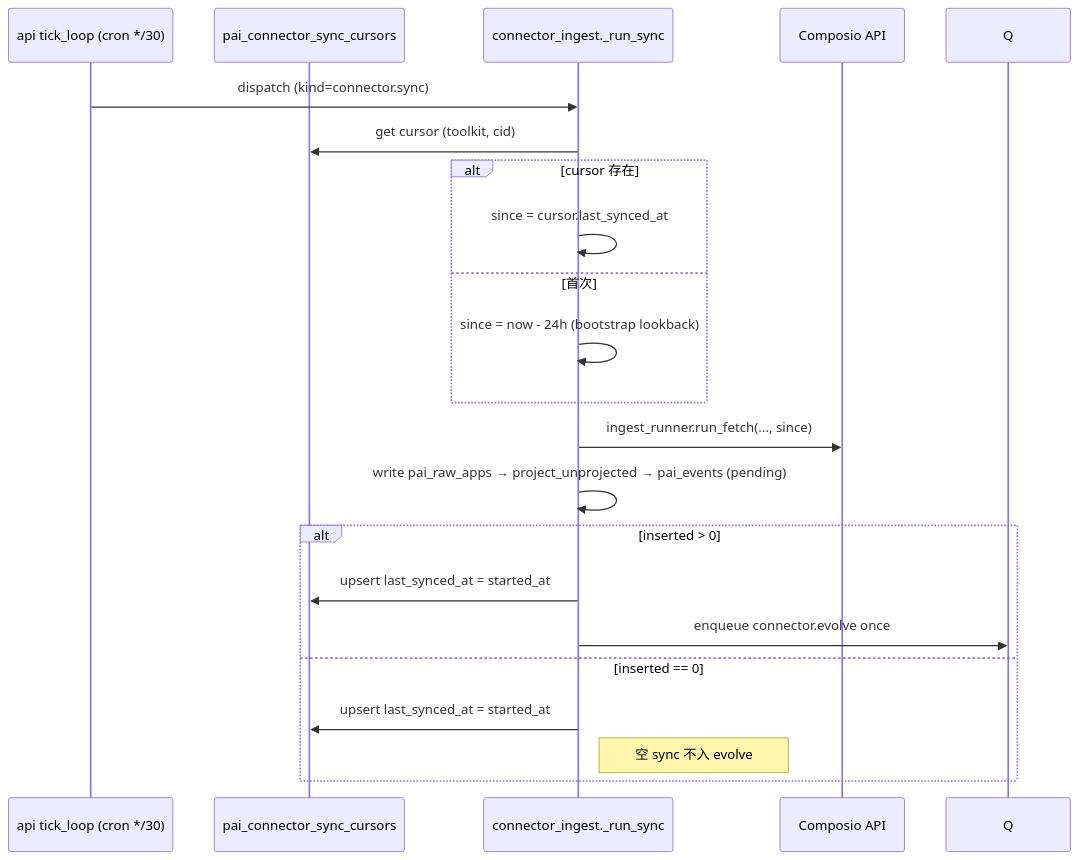
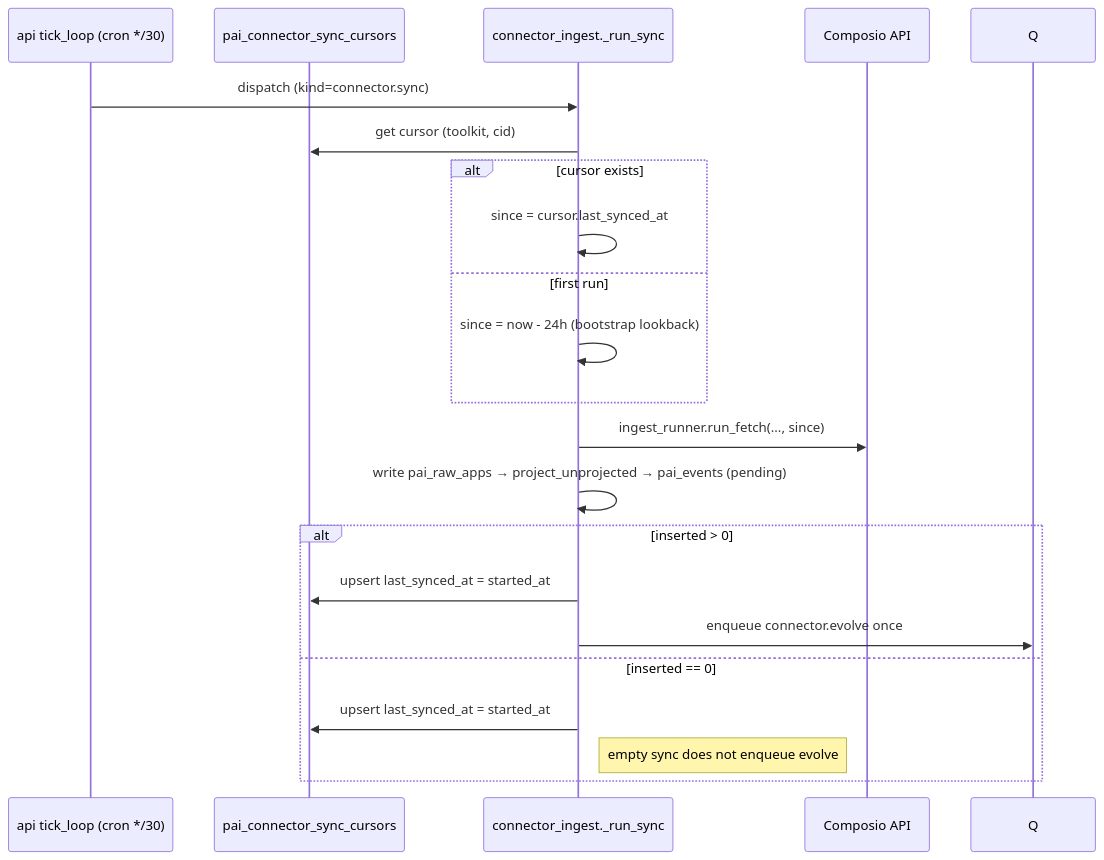
Before and after one commit to Edge-AI-HQ/proactive-assistant: the third of 4 diagrams in docs/modules/data-connectors.mdx, drawn with Mermaid. The commit also changed other lines of this file and 12 other files, not shown here.

````diff
--- a/docs/modules/data-connectors.mdx
+++ b/docs/modules/data-connectors.mdx
@@ -145,24 +145,24 @@
 ```mermaid
 sequenceDiagram
   participant Sched as api tick_loop (cron */30)
   participant Cur as pai_connector_sync_cursors
   participant H as connector_ingest._run_sync
   participant Composio as Composio API
 
   Sched->>H: dispatch (kind=connector.sync)
   H->>Cur: get cursor (toolkit, cid)
-  alt cursor 存在
+  alt cursor exists
     H->>H: since = cursor.last_synced_at
-  else 首次
+  else first run
     H->>H: since = now - 24h (bootstrap lookback)
   end
   H->>Composio: ingest_runner.run_fetch(..., since)
   H->>H: write pai_raw_apps → project_unprojected → pai_events (pending)
   alt inserted > 0
     H->>Cur: upsert last_synced_at = started_at
     H->>Q: enqueue connector.evolve once
   else inserted == 0
     H->>Cur: upsert last_synced_at = started_at
-    Note right of H: 空 sync 不入 evolve
+    Note right of H: empty sync does not enqueue evolve
   end
 ```
````
